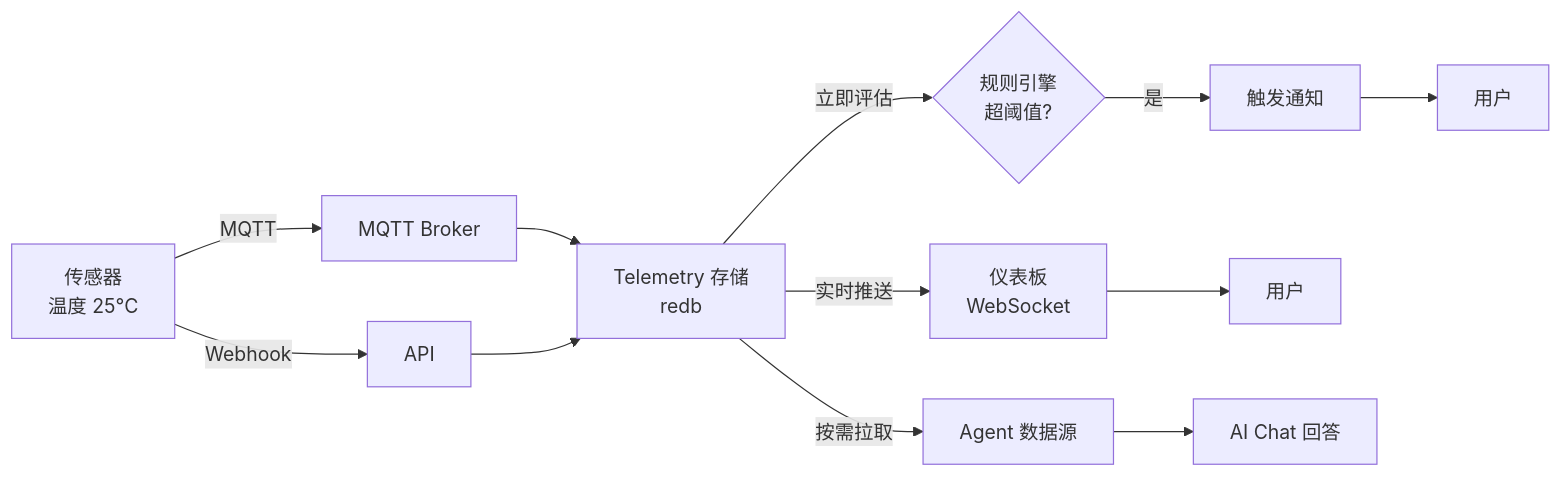
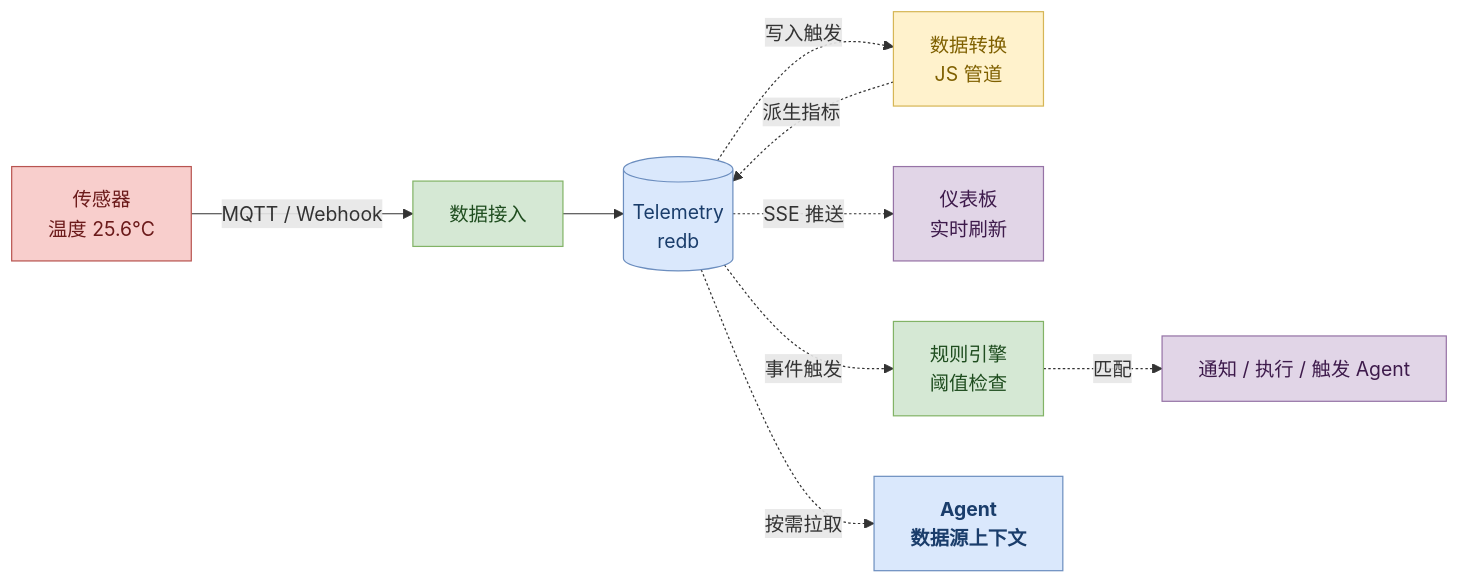
Before and after one commit to luommy/wiki-documents: the second of 5 diagrams in docs/0-neomind/concepts/2-core-concepts.md, drawn with Mermaid. The commit also changed other lines of this file and 59 other files, not shown here.

````diff
--- a/docs/0-neomind/concepts/2-core-concepts.md
+++ b/docs/0-neomind/concepts/2-core-concepts.md
@@ -73,16 +86,21 @@
 ```mermaid
 flowchart LR
-    DEV[传感器<br/>温度 25°C] -->|MQTT| BROKER[MQTT Broker]
-    DEV -->|Webhook| API_IN[API]
-    BROKER --> STORE[Telemetry 存储<br/>redb]
-    API_IN --> STORE
+    DEV["传感器<br/>温度 25.6°C"]:::device
+    DEV -->|"MQTT / Webhook"| INGEST["数据接入"]:::core
+    INGEST --> STORE[("Telemetry<br/>redb")]:::store
 
-    STORE -->|实时推送| DASH[仪表板<br/>WebSocket]
-    STORE -->|立即评估| RULE{规则引擎<br/>超阈值?}
-    RULE -->|是| NOTIFY[触发通知]
-    STORE -->|按需拉取| AGENT[Agent 数据源]
+    STORE -.->|写入触发| TRANSFORM["数据转换<br/>JS 管道"]:::pipeline
+    TRANSFORM -.->|派生指标| STORE
 
-    DASH --> USER1[用户]
-    NOTIFY --> USER2[用户]
-    AGENT --> USER3[AI Chat 回答]
+    STORE -.->|SSE 推送| DASH["仪表板<br/>实时刷新"]:::consumer
+    STORE -.->|事件触发| RULE["规则引擎<br/>阈值检查"]:::core
+    RULE -.->|匹配| ACTION["通知 / 执行 / 触发 Agent"]:::consumer
+    STORE -.->|按需拉取| AGENT["Agent<br/>数据源上下文"]:::ai
+
+    classDef device fill:#f8cecc,stroke:#b85450,color:#6b1a1a
+    classDef core fill:#d5e8d4,stroke:#82b366,color:#1f4d1f
+    classDef store fill:#dae8fc,stroke:#6c8ebf,color:#1a3d6b
+    classDef pipeline fill:#fff2cc,stroke:#d6b656,color:#7f6000
+    classDef consumer fill:#e1d5e7,stroke:#9673a6,color:#3d1a4b
+    classDef ai fill:#dae8fc,stroke:#6c8ebf,color:#1a3d6b,font-weight:bold
 ```
````
